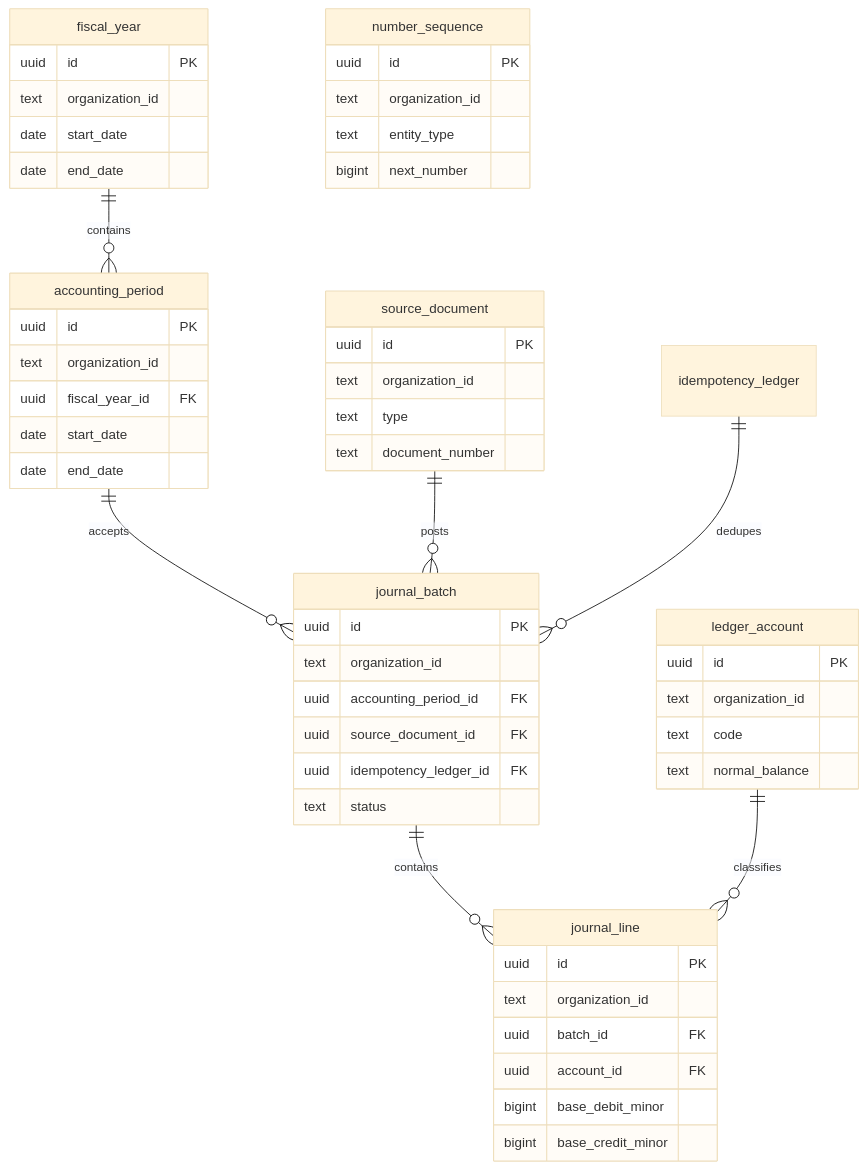
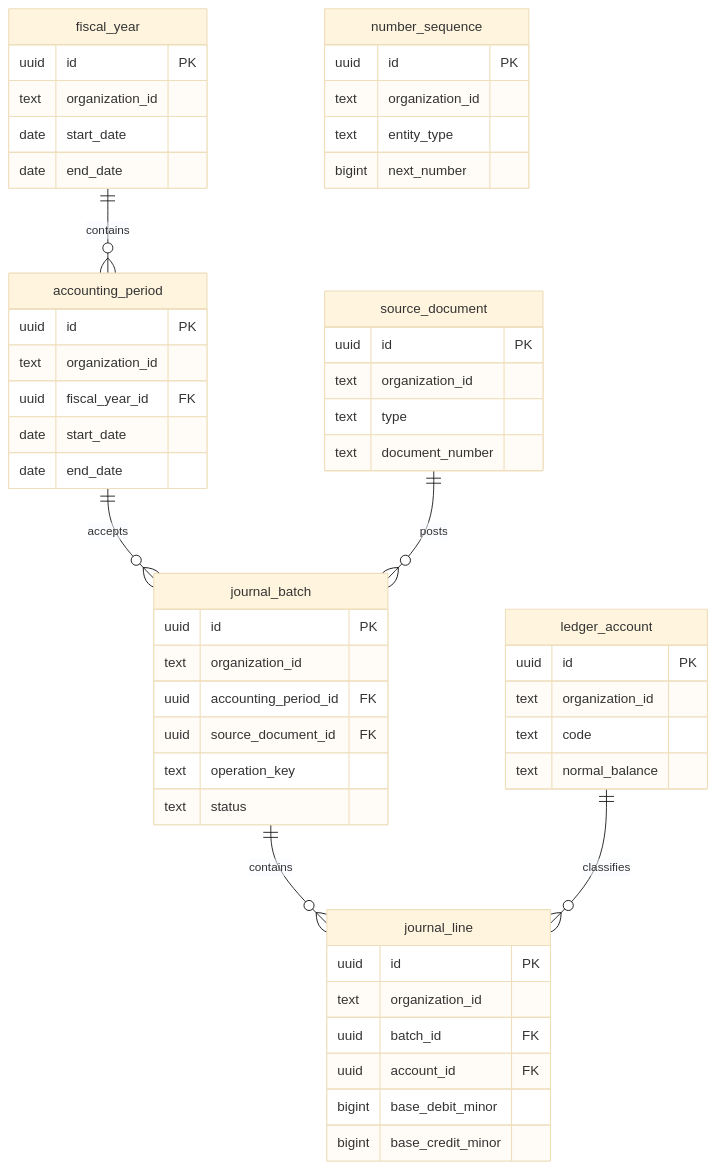
One commit to isherbuilds/edernal-books changed the second of 3 diagrams in packages/db/ARCHITECTURE.md. Above: the diagram before and after it, drawn with Mermaid (base theme). The commit also changed other lines of this file and 35 other files, not shown here.

````diff
--- a/packages/db/ARCHITECTURE.md
+++ b/packages/db/ARCHITECTURE.md
@@ -122,56 +114,55 @@
 ```mermaid
 erDiagram
   fiscal_year {
     uuid id PK
     text organization_id
     date start_date
     date end_date
   }
   accounting_period {
     uuid id PK
     text organization_id
     uuid fiscal_year_id FK
     date start_date
     date end_date
   }
   ledger_account {
     uuid id PK
     text organization_id
     text code
     text normal_balance
   }
   number_sequence {
     uuid id PK
     text organization_id
     text entity_type
     bigint next_number
   }
   source_document {
     uuid id PK
     text organization_id
     text type
     text document_number
   }
   journal_batch {
     uuid id PK
     text organization_id
     uuid accounting_period_id FK
     uuid source_document_id FK
-    uuid idempotency_ledger_id FK
+    text operation_key
     text status
   }
   journal_line {
     uuid id PK
     text organization_id
     uuid batch_id FK
     uuid account_id FK
     bigint base_debit_minor
     bigint base_credit_minor
   }
   fiscal_year ||--o{ accounting_period : contains
   accounting_period ||--o{ journal_batch : accepts
   source_document ||--o{ journal_batch : posts
-  idempotency_ledger ||--o{ journal_batch : dedupes
   journal_batch ||--o{ journal_line : contains
   ledger_account ||--o{ journal_line : classifies
 ```
````
